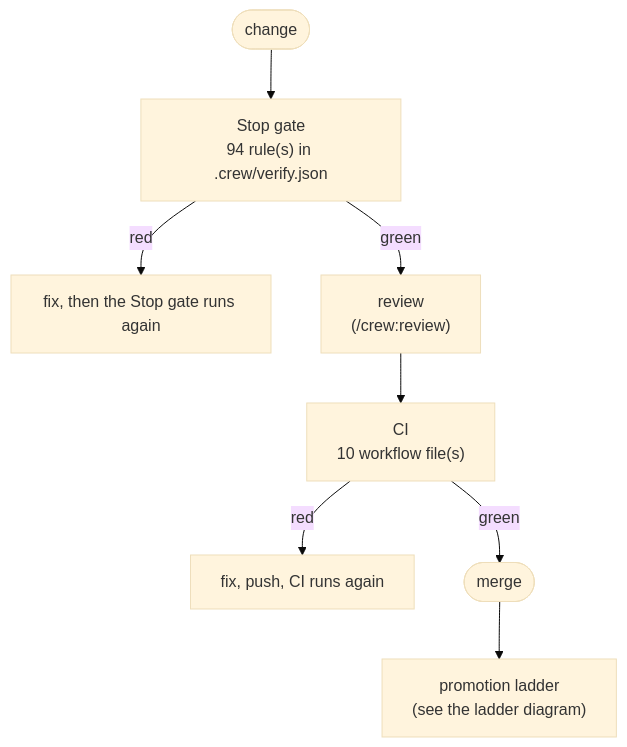
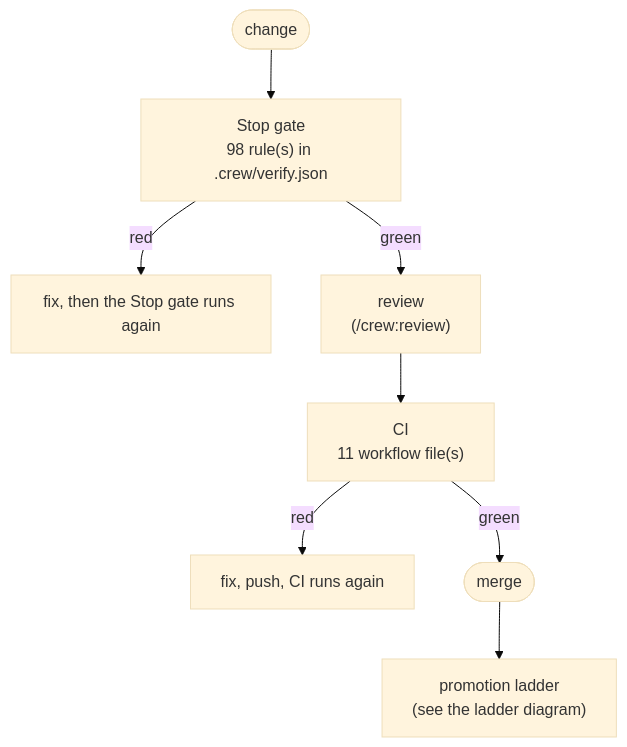
Before and after one commit to mbadali25/useful-claude-add-ons: the diagram in docs/diagrams/process-qa-gates.mmd, drawn with Mermaid (base theme). The commit also changed 29 other files, not shown here.

First line of the commit message:
L-0850: docs and artifact refresh (codemap, rules, diagrams, graph, README and SECURITY.md for the 36 to 16 hooks.json change); docs/refresh only, no code (owner waiver 2026-10-20)

```diff
--- a/docs/diagrams/process-qa-gates.mmd
+++ b/docs/diagrams/process-qa-gates.mmd
@@ -1,12 +1,12 @@
-%% anchor: useful-claude-add-ons@f9ed7ddd
-%% Anchors: .crew/verify.json, .github/workflows/instruction-budgets.yml, .github/workflows/marketplace.yml, .github/workflows/mcp-servers.yml, .github/workflows/plugin-evals.yml, .github/workflows/publish-mcp-servers.yml, .github/workflows/pylint.yml, .github/workflows/pytest-crew.yml, .github/workflows/runner-autostart.yml, .github/workflows/shell-suites.yml, .github/workflows/verify-gate.yml
-%% generated by crew qa_doc.py on 2026-10-09. Verify before trusting.
+%% anchor: L-0727-s2@c1d365d7
+%% Anchors: .crew/verify.json, .github/workflows/instruction-budgets.yml, .github/workflows/marketplace.yml, .github/workflows/mcp-servers.yml, .github/workflows/plugin-evals.yml, .github/workflows/publish-mcp-servers.yml, .github/workflows/pylint.yml, .github/workflows/pytest-ai-connect.yml, .github/workflows/pytest-crew.yml, .github/workflows/runner-autostart.yml, .github/workflows/shell-suites.yml, .github/workflows/verify-gate.yml
+%% generated by crew qa_doc.py on 2026-10-20. Verify before trusting.
 flowchart TD
-  edit(["change"]) --> stop["Stop gate<br/>94 rule(s) in .crew/verify.json"]
+  edit(["change"]) --> stop["Stop gate<br/>98 rule(s) in .crew/verify.json"]
   stop -->|red| fix1["fix, then the Stop gate runs again"]
   stop -->|green| review["review<br/>(/crew:review)"]
-  review --> ci["CI<br/>10 workflow file(s)"]
+  review --> ci["CI<br/>11 workflow file(s)"]
   ci -->|red| fix2["fix, push, CI runs again"]
   ci -->|green| merge(["merge"])
   merge --> ladder["promotion ladder<br/>(see the ladder diagram)"]
   classDef gap stroke:#c0392b,stroke-width:2px,stroke-dasharray:4 3
```
